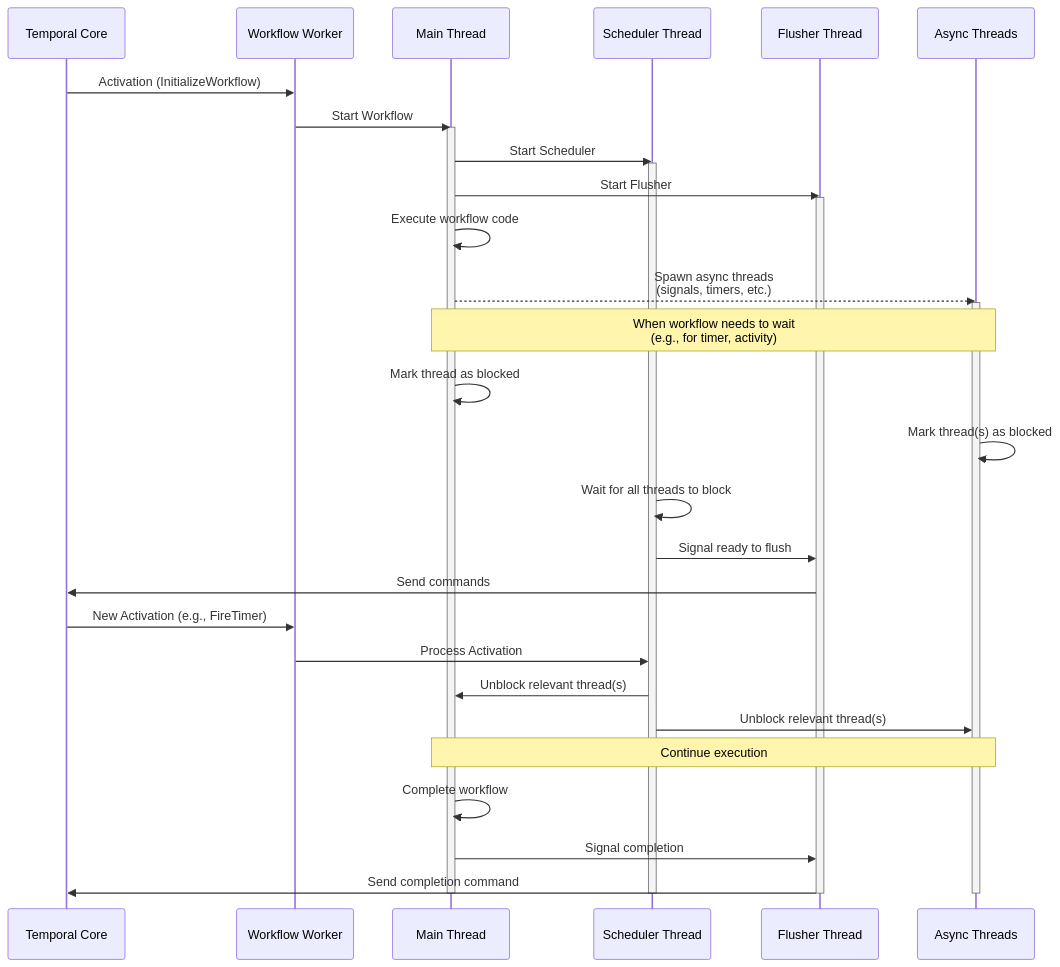
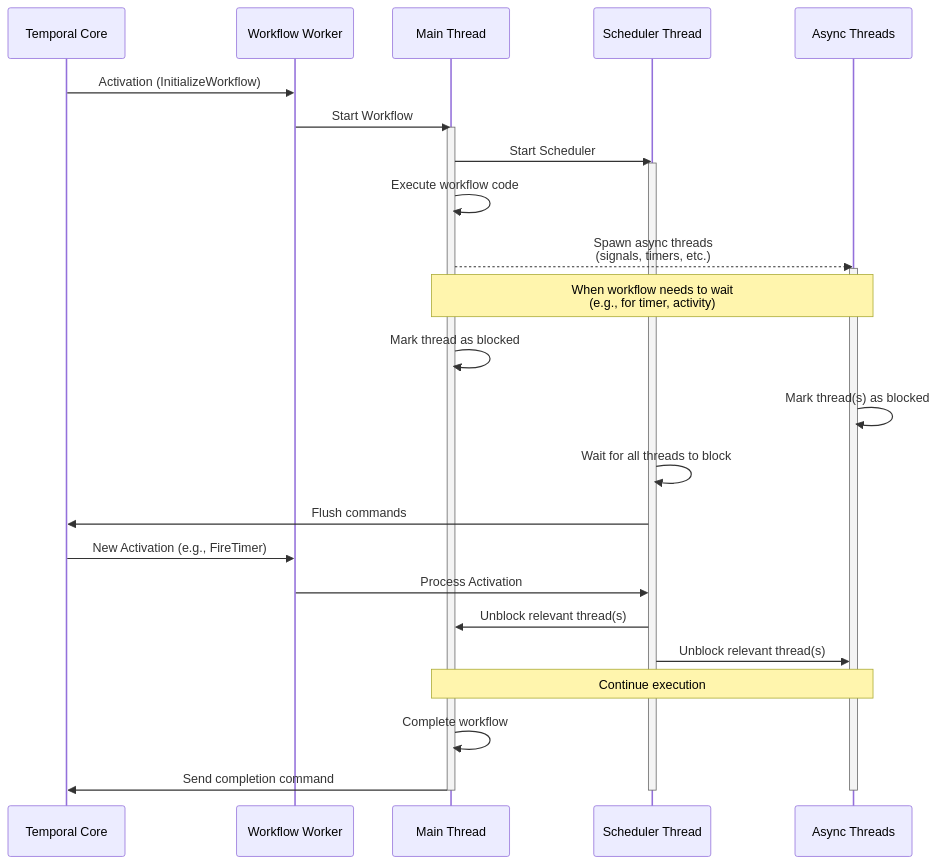
The first of 6 diagrams in docs/workflow-stm.md (MercuryTechnologies/hs-temporal-sdk), drawn with Mermaid before and after one commit. The commit also changed other lines of this file and 12 other files, not shown here.

````diff
--- a/docs/workflow-stm.md
+++ b/docs/workflow-stm.md
@@ -76,44 +81,38 @@
 ```mermaid
 sequenceDiagram
     participant C as Temporal Core
     participant W as Workflow Worker
     participant M as Main Thread
     participant S as Scheduler Thread
-    participant F as Flusher Thread
     participant A as Async Threads
 
     C->>W: Activation (InitializeWorkflow)
     W->>M: Start Workflow
     activate M
     M->>S: Start Scheduler
     activate S
-    M->>F: Start Flusher
-    activate F
 
     M->>M: Execute workflow code
     M-->>A: Spawn async threads<br>(signals, timers, etc.)
     activate A
 
     Note over M,A: When workflow needs to wait<br>(e.g., for timer, activity)
     M->>M: Mark thread as blocked
     A->>A: Mark thread(s) as blocked
 
     S->>S: Wait for all threads to block
-    S->>F: Signal ready to flush
-    F->>C: Send commands
+    S->>C: Flush commands
 
     C->>W: New Activation (e.g., FireTimer)
     W->>S: Process Activation
     S->>M: Unblock relevant thread(s)
     S->>A: Unblock relevant thread(s)
 
     Note over M,A: Continue execution
 
     M->>M: Complete workflow
-    M->>F: Signal completion
-    F->>C: Send completion command
+    M->>C: Send completion command
     deactivate M
     deactivate S
-    deactivate F
     deactivate A
 ```
````
